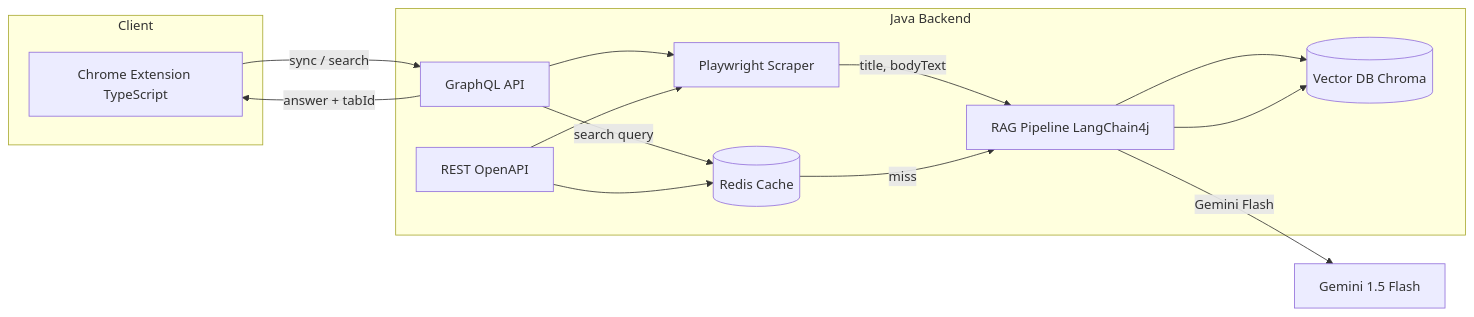
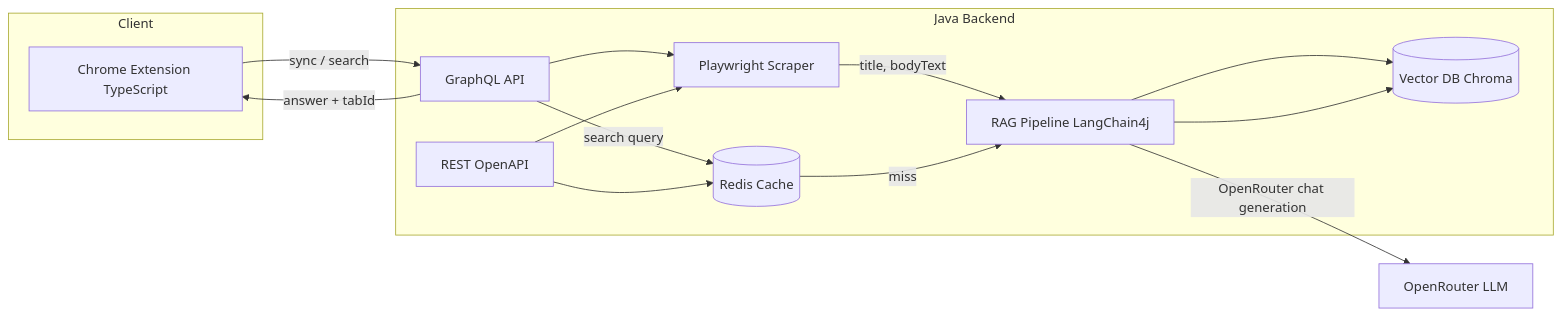
Before and after one commit to rio-rishabh/TabSense-AI-Powered-Semantic-Tab-Search: the diagram in README.md, drawn with Mermaid. The commit also changed other lines of this file, not shown here.

````diff
--- a/README.md
+++ b/README.md
@@ -14,25 +14,25 @@
 ```mermaid
 flowchart LR
   subgraph client [Client]
     Ext[Chrome Extension TypeScript]
   end
   subgraph backend [Java Backend]
     GraphQL[GraphQL API]
     REST[REST OpenAPI]
     Scraper[Playwright Scraper]
     RAG[RAG Pipeline LangChain4j]
     VecDB[(Vector DB Chroma)]
     Redis[(Redis Cache)]
   end
   Ext -->|"sync / search"| GraphQL
   GraphQL --> Scraper
   Scraper -->|"title, bodyText"| RAG
   RAG --> VecDB
   GraphQL -->|"search query"| Redis
   REST --> Scraper
   REST --> Redis
   Redis -->|"miss"| RAG
   RAG --> VecDB
-  RAG -->|"Gemini Flash"| LLM[Gemini 1.5 Flash]
+  RAG -->|"OpenRouter chat generation"| LLM[OpenRouter LLM]
   GraphQL -->|"answer + tabId"| Ext
 ```
````
